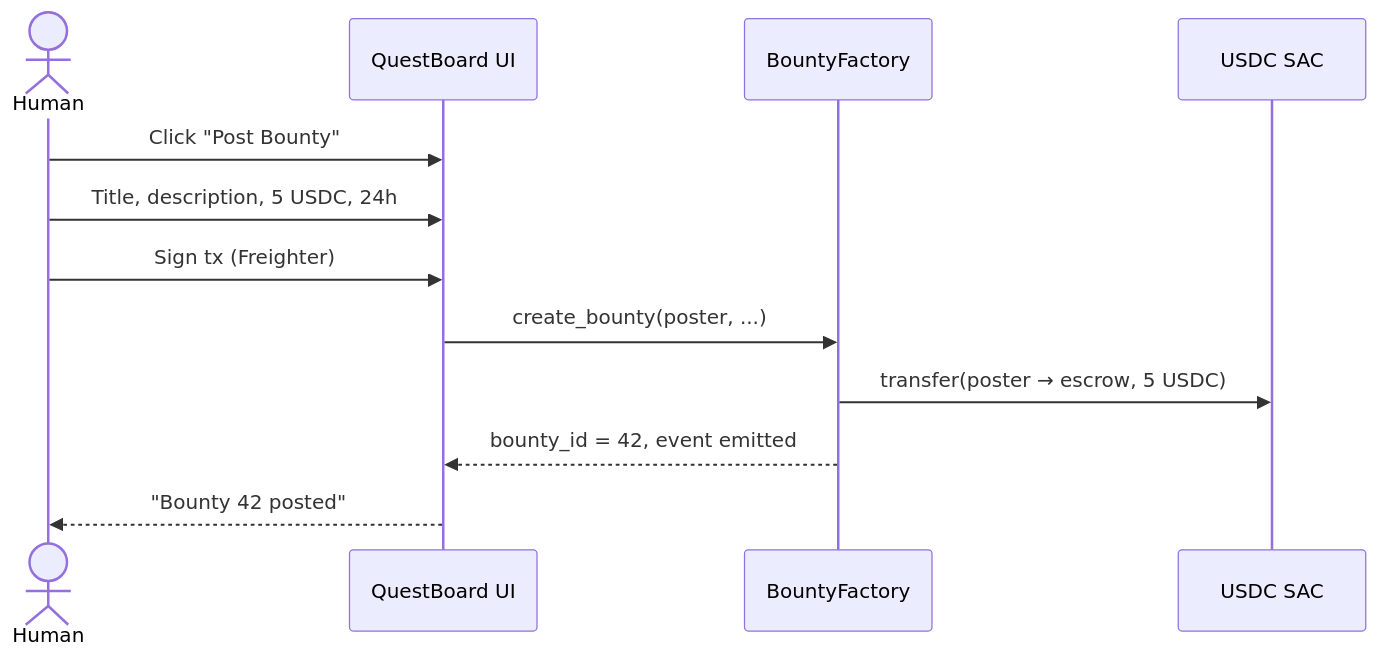
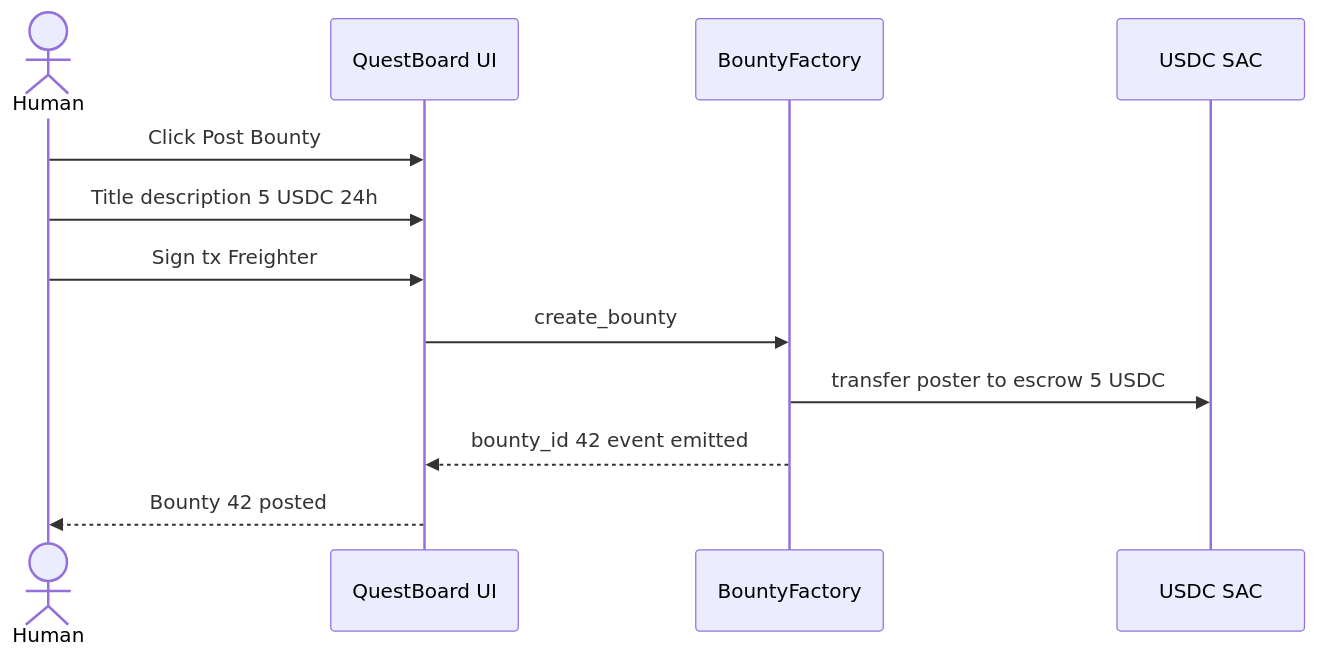
One commit to JulioMCruz/QuestBoard changed the second of 4 diagrams in README.md. Above: the diagram before and after it, drawn with Mermaid. The commit also changed other lines of this file, not shown here.

First line of the commit message:
docs: fix Mermaid diagram parse errors in README

````diff
--- a/README.md
+++ b/README.md
@@ -219,15 +219,15 @@
 ```mermaid
 sequenceDiagram
     actor H as Human
     participant UI as QuestBoard UI
     participant BF as BountyFactory
     participant U as USDC SAC
 
-    H->>UI: Click "Post Bounty"
-    H->>UI: Title, description, 5 USDC, 24h
-    H->>UI: Sign tx (Freighter)
-    UI->>BF: create_bounty(poster, ...)
-    BF->>U: transfer(poster → escrow, 5 USDC)
-    BF-->>UI: bounty_id = 42, event emitted
-    UI-->>H: "Bounty 42 posted"
+    H->>UI: Click Post Bounty
+    H->>UI: Title description 5 USDC 24h
+    H->>UI: Sign tx Freighter
+    UI->>BF: create_bounty
+    BF->>U: transfer poster to escrow 5 USDC
+    BF-->>UI: bounty_id 42 event emitted
+    UI-->>H: Bounty 42 posted
 ```
````
